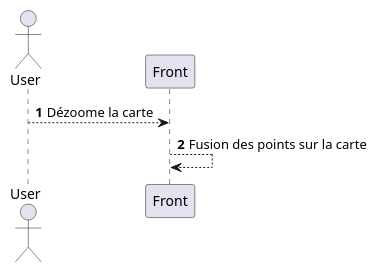
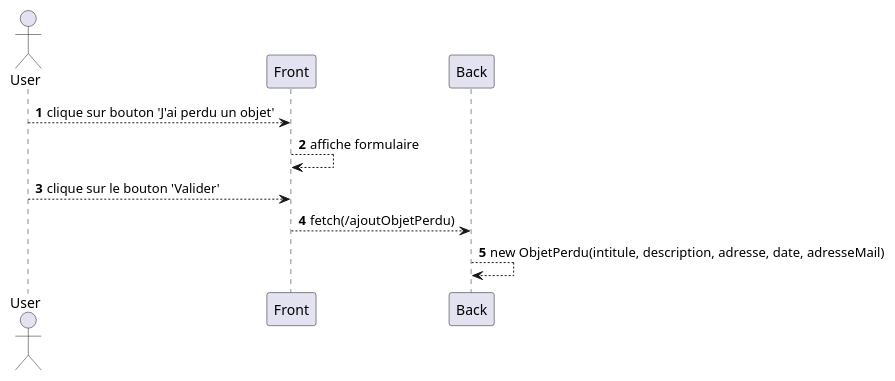
One commit to raphaelmeissonnier/Foundem_back_end changed the diagram in cahier_des_specifications/diagrammes/séquences/diagramme_sequence.puml. Above: the diagram before and after it, drawn with PlantUML. The commit also changed 5 other files, not shown here.

```diff
--- a/cahier_des_specifications/diagrammes/séquences/diagramme_sequence.puml
+++ b/cahier_des_specifications/diagrammes/séquences/diagramme_sequence.puml
@@ -1,11 +1,13 @@
 @startuml
 'https://plantuml.com/sequence-diagram
 
 autonumber
 
 actor User
-User --> Front : Dézoome la carte
-Front --> Front : Fusion des points sur la carte
-
+User --> Front: clique sur bouton 'J'ai perdu un objet'
+Front --> Front: affiche formulaire
+User --> Front: clique sur le bouton 'Valider'
+Front --> Back: fetch(/ajoutObjetPerdu)
+Back --> Back: new ObjetPerdu(intitule, description, adresse, date, adresseMail)
 
 @enduml
```
